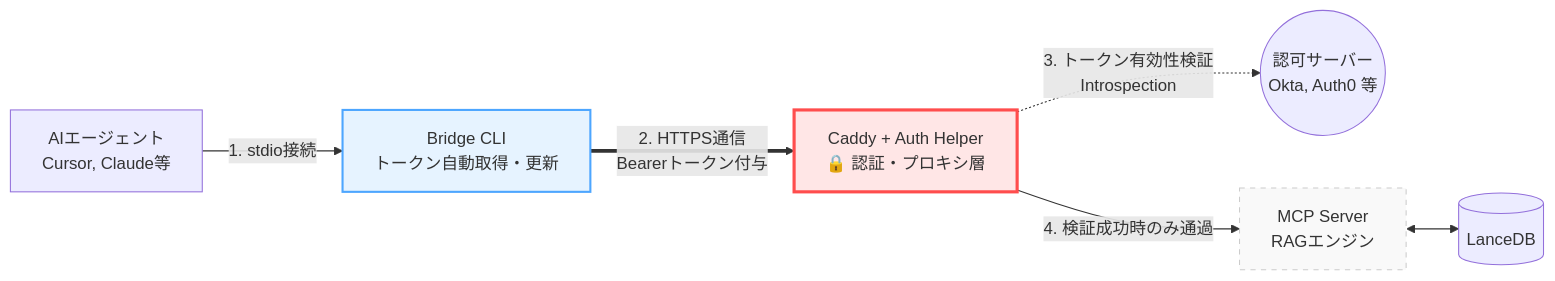
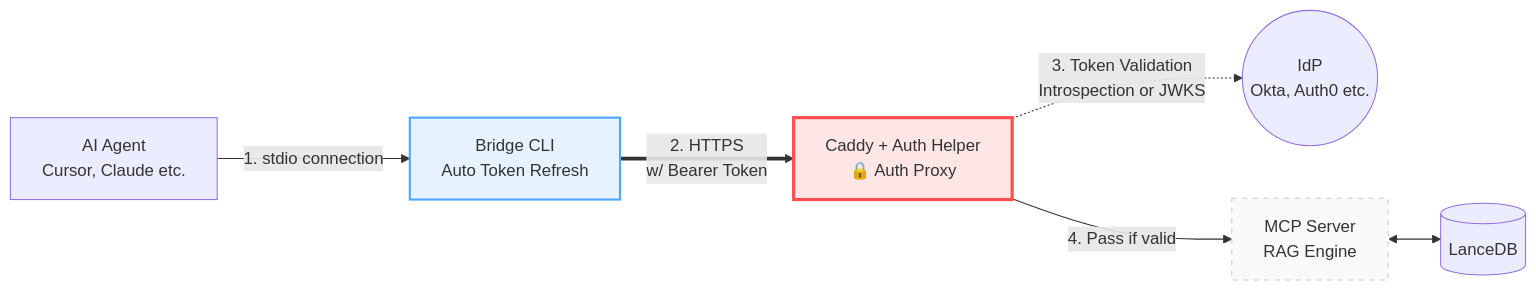
The diagram in README.md (ryodocx/remote-rag), drawn with Mermaid before and after one commit. The commit also changed other lines of this file and 2 other files, not shown here.

````diff
--- a/README.md
+++ b/README.md
@@ -87,21 +94,21 @@
 ```mermaid
 graph LR
-    %% クライアント層
-    Agent[AIエージェント<br/>Cursor, Claude等] -->|1. stdio接続| Bridge[Bridge CLI<br/>トークン自動取得・更新]
+    %% Client Layer
+    Agent[AI Agent<br/>Cursor, Claude etc.] -->|1. stdio connection| Bridge[Bridge CLI<br/>Auto Token Refresh]
     
-    %% ネットワーク・プロキシ層
-    Bridge ==>|2. HTTPS通信<br/>Bearerトークン付与| Proxy[Caddy + Auth Helper<br/>🔒 認証・プロキシ層]
+    %% Network Proxy Layer
+    Bridge ==>|2. HTTPS<br/>w/ Bearer Token| Proxy[Caddy + Auth Helper<br/>🔒 Auth Proxy]
     
-    %% 外部認可サーバー
-    IdP((認可サーバー<br/>Okta, Auth0 等))
-    Proxy -.->|3. トークン有効性検証<br/>Introspection| IdP
+    %% External IdP
+    IdP((IdP<br/>Okta, Auth0 etc.))
+    Proxy -.->|3. Token Validation<br/>Introspection or JWKS| IdP
     
-    %% アプリケーション層 (保護された領域)
-    Proxy -->|4. 検証成功時のみ通過| MCPServer[MCP Server<br/>RAGエンジン]
+    %% Application Layer (Protected)
+    Proxy -->|4. Pass if valid| MCPServer[MCP Server<br/>RAG Engine]
     MCPServer <--> LanceDB[(LanceDB)]
 
-    %% 強調スタイル
+    %% Styles
     style Proxy fill:#ffe6e6,stroke:#ff4d4d,stroke-width:3px
     style Bridge fill:#e6f3ff,stroke:#4da6ff,stroke-width:2px
     style MCPServer fill:#f9f9f9,stroke:#cccccc,stroke-dasharray: 5 5
 ```
````
